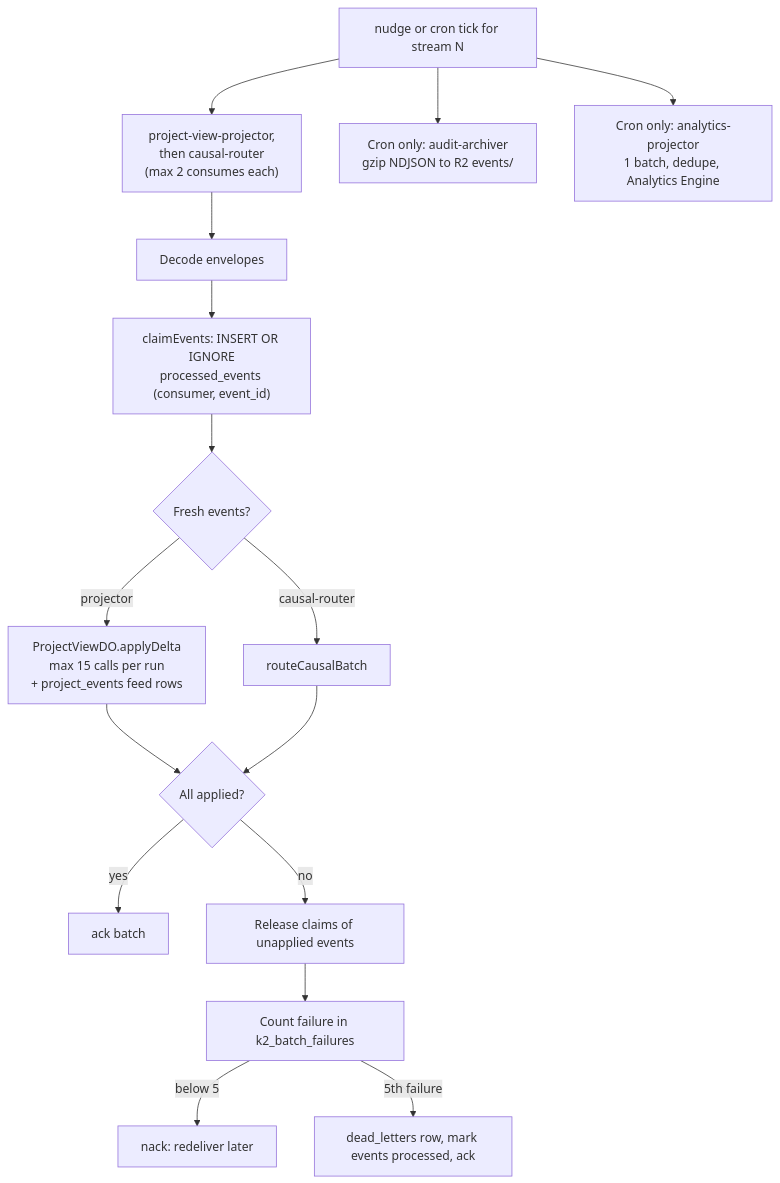
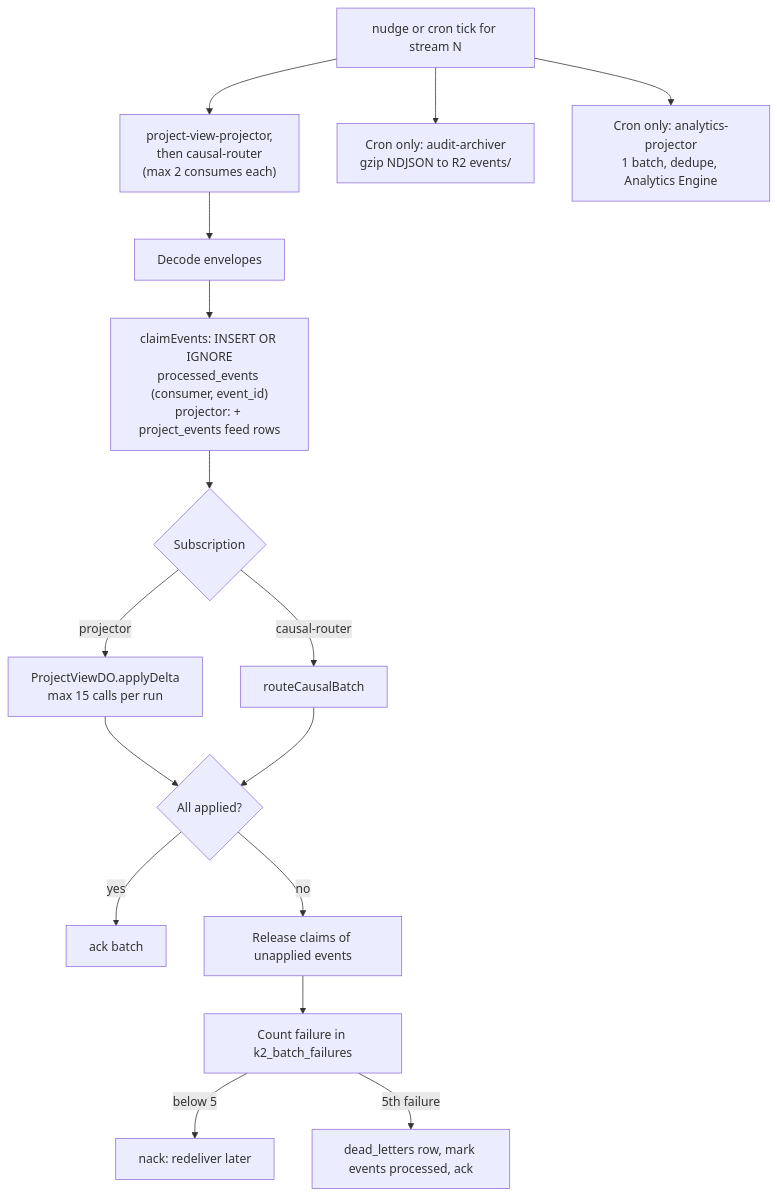
One commit to nsudhanva/rhumbatron changed the third of 7 diagrams in docs/architecture/events-and-commands.md. Above: the diagram before and after it, drawn with Mermaid. The commit also changed other lines of this file and 47 other files, not shown here.

````diff
--- a/docs/architecture/events-and-commands.md
+++ b/docs/architecture/events-and-commands.md
@@ -80,18 +84,18 @@
 ```mermaid
 flowchart TB
   START["nudge or cron tick for stream N"] --> SUBS["project-view-projector,<br/>then causal-router<br/>(max 2 consumes each)"]
   SUBS --> DEC["Decode envelopes"]
-  DEC --> CLAIM["claimEvents: INSERT OR IGNORE<br/>processed_events (consumer, event_id)"]
-  CLAIM --> FRESH{"Fresh events?"}
-  FRESH -->|"projector"| PV["ProjectViewDO.applyDelta<br/>max 15 calls per run<br/>+ project_events feed rows"]
+  DEC --> CLAIM["claimEvents: INSERT OR IGNORE<br/>processed_events (consumer, event_id)<br/>projector: + project_events feed rows"]
+  CLAIM --> FRESH{"Subscription"}
+  FRESH -->|"projector"| PV["ProjectViewDO.applyDelta<br/>max 15 calls per run"]
   FRESH -->|"causal-router"| CR["routeCausalBatch"]
   PV --> OK{"All applied?"}
   CR --> OK
   OK -->|"yes"| ACK["ack batch"]
   OK -->|"no"| REL["Release claims of unapplied events"]
   REL --> CNT["Count failure in k2_batch_failures"]
   CNT -->|"below 5"| NACK["nack: redeliver later"]
   CNT -->|"5th failure"| DL["dead_letters row, mark events processed, ack"]
   START --> ARC["Cron only: audit-archiver<br/>gzip NDJSON to R2 events/"]
   START --> AN["Cron only: analytics-projector<br/>1 batch, dedupe, Analytics Engine"]
 ```
````
